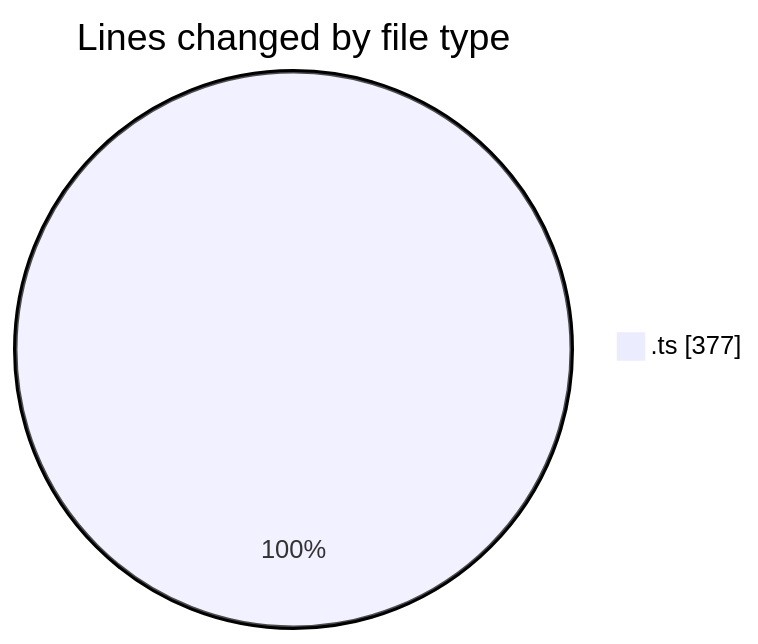
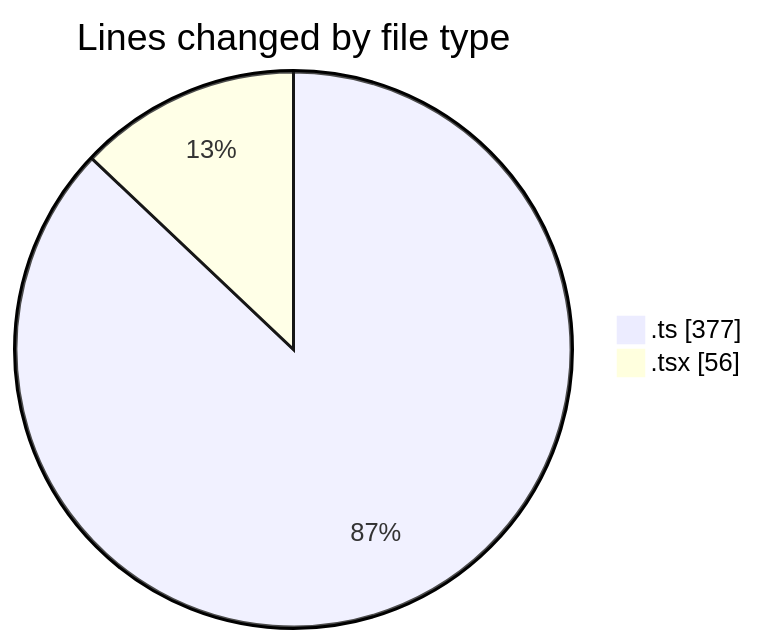
Before and after one commit to JenPaints/code-tracking: the first of 2 diagrams in 2025-06-22/archive/README.md, drawn with Mermaid. The commit also changed other lines of this file and 1 other file, not shown here.

````diff
--- a/2025-06-22/archive/README.md
+++ b/2025-06-22/archive/README.md
@@ -20,5 +21,6 @@
 ```mermaid
 pie showData
 title Lines changed by file type
 ".ts" : 377
+".tsx" : 56
 ```
````
